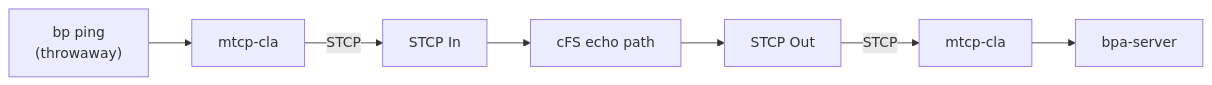
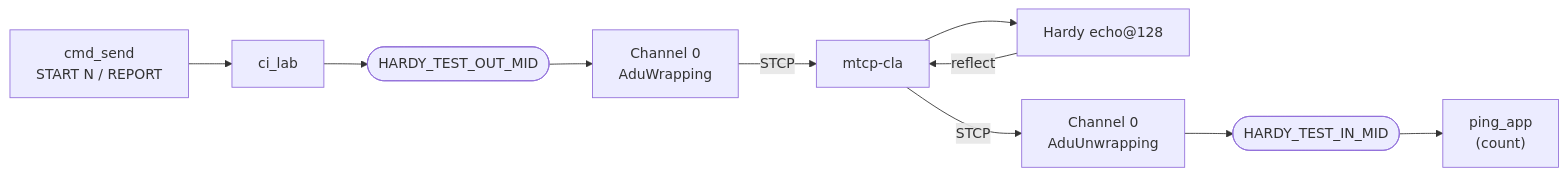
The second of 2 diagrams in tests/interop/NASA-cFS/README.md (ricktaylor/hardy), drawn with Mermaid before and after one commit. The commit also changed other lines of this file and 10 other files, not shown here.

First line of the commit message:
cFS interop: real reverse-direction TEST 2 via ping_app

````diff
--- a/tests/interop/NASA-cFS/README.md
+++ b/tests/interop/NASA-cFS/README.md
@@ -57,9 +64,12 @@
 ```mermaid
 flowchart LR
-    TRIGGER["bp ping<br/>(throwaway)"] --> CLA2["mtcp-cla"]
-    CLA2 -- "STCP" --> STCP_IN["STCP In"]
-    STCP_IN --> CFS["cFS echo path"]
-    CFS --> STCP_OUT["STCP Out"]
-    STCP_OUT -- "STCP" --> CLA["mtcp-cla"]
-    CLA --> BPA["bpa-server"]
+    CMD["cmd_send<br/>START N / REPORT"] --> CI["ci_lab"]
+    CI --> SB(["HARDY_TEST_OUT_MID"])
+    SB --> CH0["Channel 0<br/>AduWrapping"]
+    CH0 -- "STCP" --> CLA["mtcp-cla"]
+    CLA --> HARDY["Hardy echo@128"]
+    HARDY -- "reflect" --> CLA
+    CLA -- "STCP" --> CH0IN["Channel 0<br/>AduUnwrapping"]
+    CH0IN --> ADU(["HARDY_TEST_IN_MID"])
+    ADU --> PING["ping_app<br/>(count)"]
 ```
````
